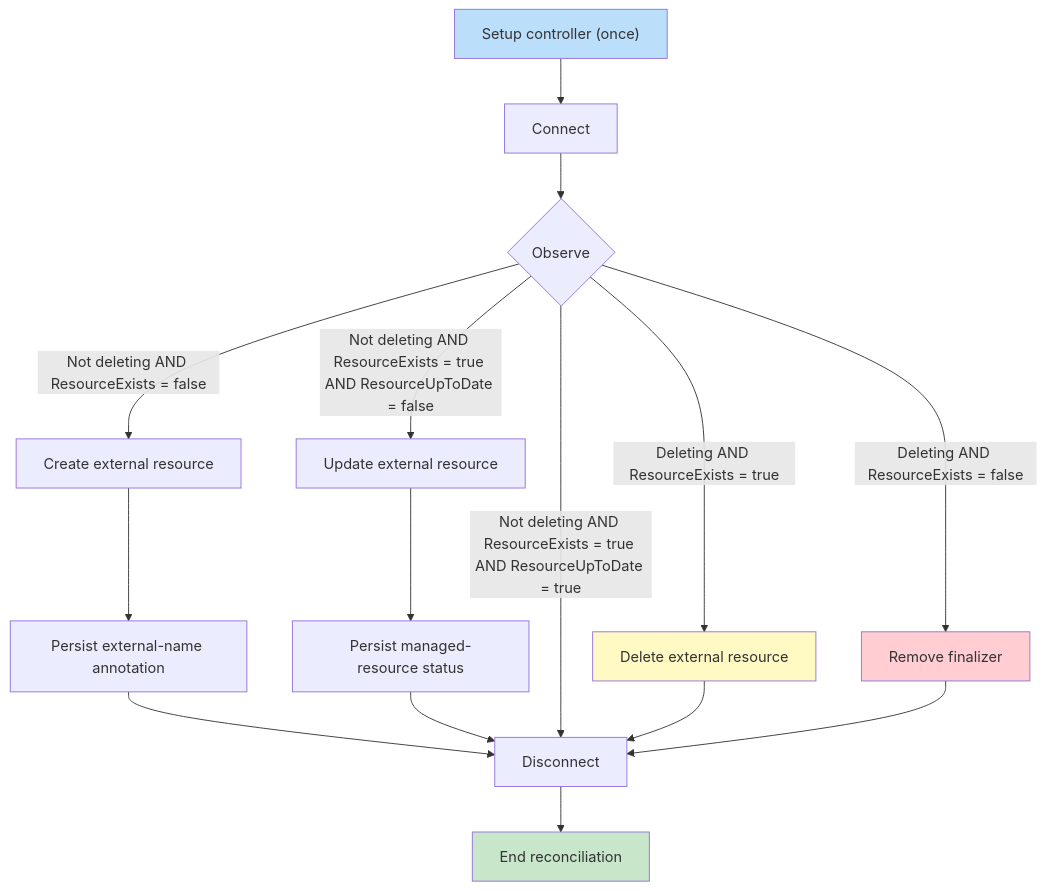
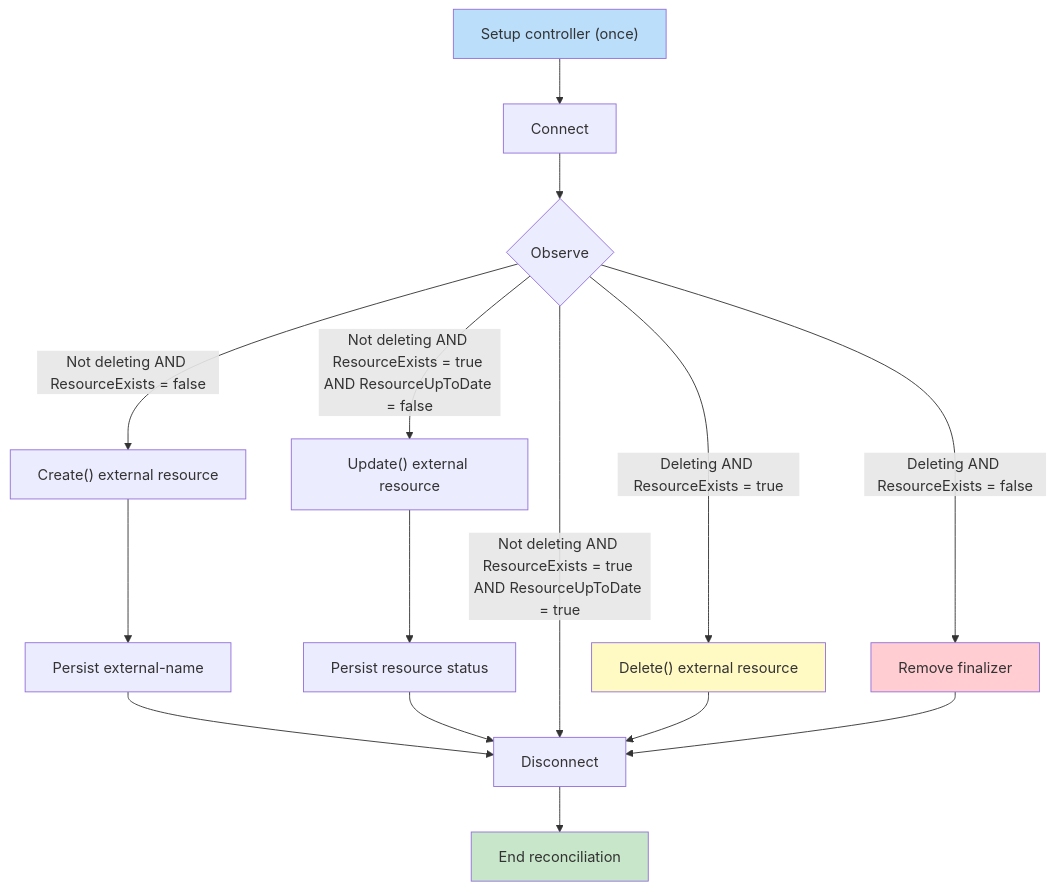
Before and after one commit to brunoluiz/brunoluiz.github.io: the diagram in content/blog/2026/jun/crossplane-providers/index.md, drawn with Mermaid. The commit also changed other lines of this file, not shown here.

````diff
--- a/content/blog/2026/jun/crossplane-providers/index.md
+++ b/content/blog/2026/jun/crossplane-providers/index.md
@@ -51,27 +56,27 @@
 ```mermaid
 flowchart TD
     Setup["Setup controller (once)"] --> Connect["Connect"]
     Connect --> Observe{"Observe"}
 
-    Observe -- "Not deleting AND ResourceExists = false" --> Create["Create external resource"]
-    Create --> CreateName["Persist external-name annotation"]
+    Observe -- "Not deleting AND ResourceExists = false" --> Create["Create() external resource"]
+    Create --> CreateName["Persist external-name"]
     CreateName --> Disconnect["Disconnect"]
 
-    Observe -- "Not deleting AND ResourceExists = true AND ResourceUpToDate = false" --> Update["Update external resource"]
-    Update --> UpdateStatus["Persist managed-resource status"]
+    Observe -- "Not deleting AND ResourceExists = true AND ResourceUpToDate = false" --> Update["Update() external resource"]
+    Update --> UpdateStatus["Persist resource status"]
     UpdateStatus --> Disconnect
 
     Observe -- "Not deleting AND ResourceExists = true AND ResourceUpToDate = true" --> Disconnect
 
-    Observe -- "Deleting AND ResourceExists = true" --> Delete["Delete external resource"]
+    Observe -- "Deleting AND ResourceExists = true" --> Delete["Delete() external resource"]
     Delete --> Disconnect
     Observe -- "Deleting AND ResourceExists = false" --> Removed["Remove finalizer"]
     Removed --> Disconnect
 
     Disconnect --> End["End reconciliation"]
 
     style Setup fill:#BBDEFB
     style End fill:#C8E6C9
     style Delete fill:#FFF9C4
     style Removed fill:#FFCDD2
 ```
````
